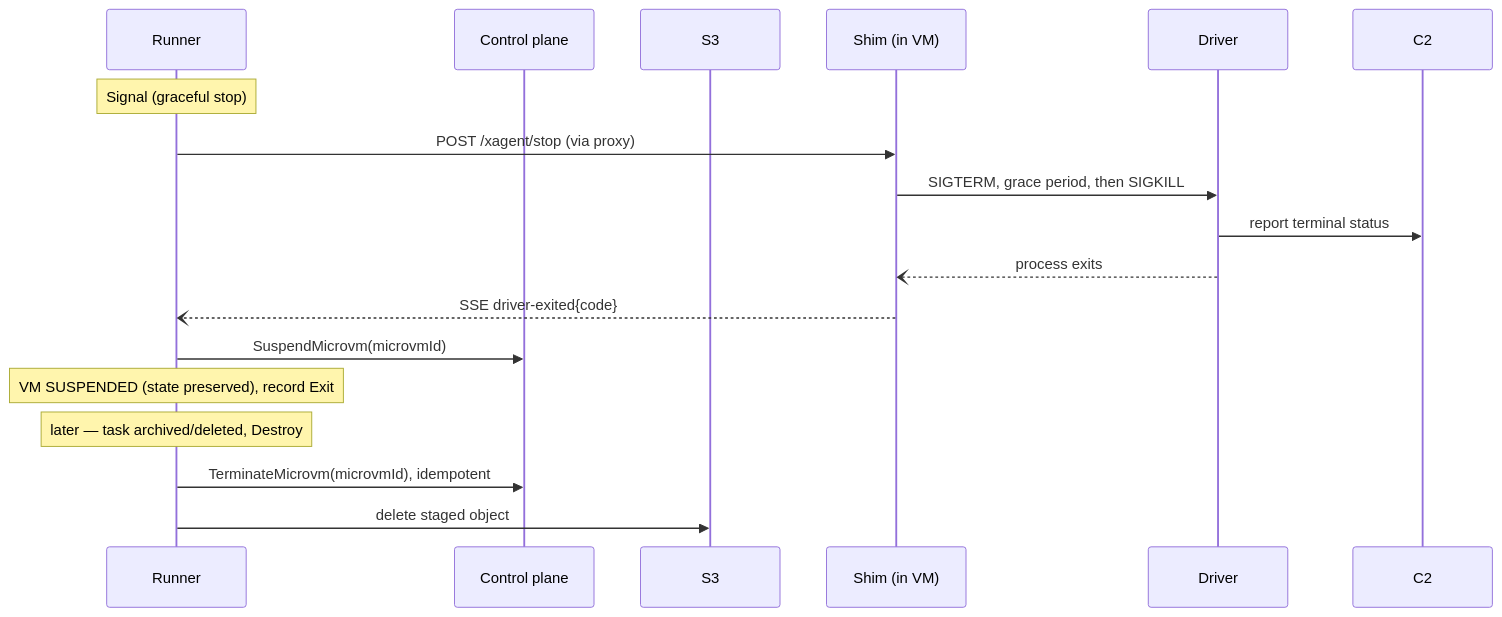
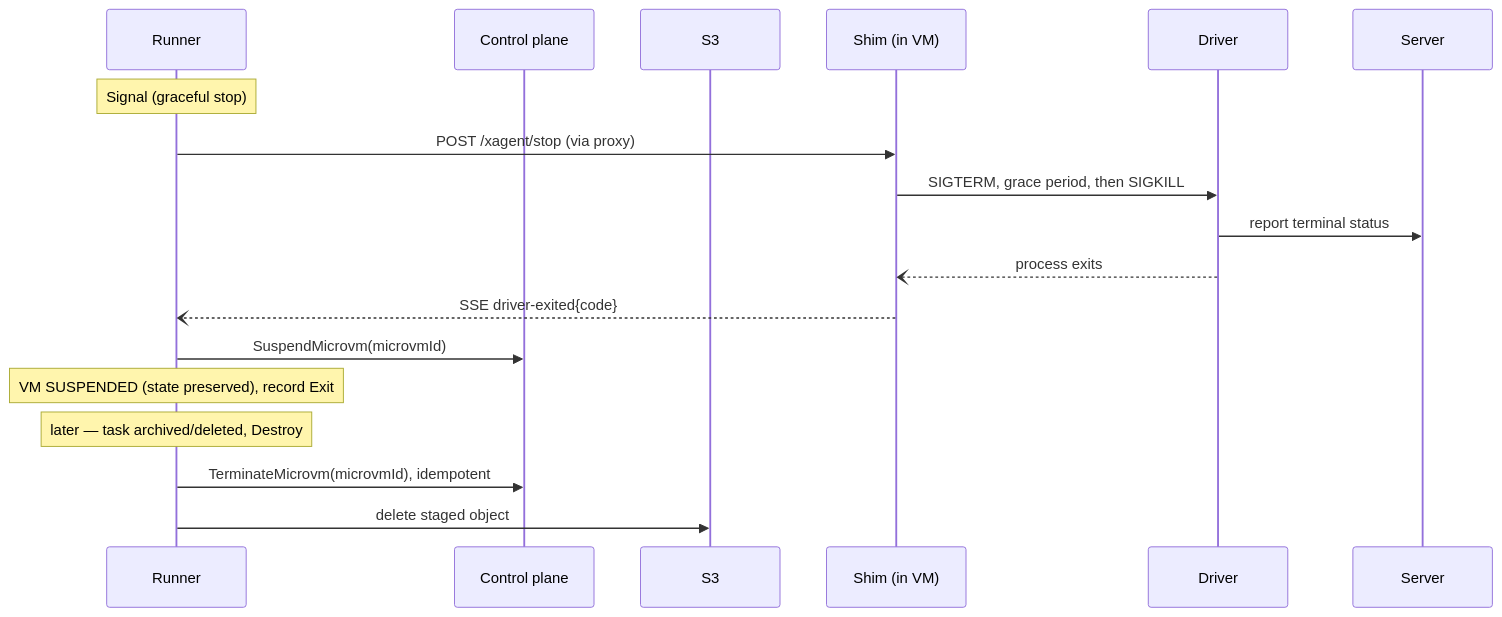
The fourth of 4 diagrams in proposals/draft/lambda-microvm-backend.md (icholy/xagent), drawn with Mermaid before and after one commit. The commit also changed other lines of this file and 33 other files, not shown here.

````diff
--- a/proposals/draft/lambda-microvm-backend.md
+++ b/proposals/draft/lambda-microvm-backend.md
@@ -354,22 +354,22 @@
 ```mermaid
 sequenceDiagram
     participant R as Runner
     participant CP as Control plane
     participant S3
     participant Shim as Shim (in VM)
     participant Drv as Driver
-    participant C2
+    participant Server
 
     Note over R: Signal (graceful stop)
     R->>Shim: POST /xagent/stop (via proxy)
     Shim->>Drv: SIGTERM, grace period, then SIGKILL
-    Drv->>C2: report terminal status
+    Drv->>Server: report terminal status
     Drv--)Shim: process exits
     Shim--)R: SSE driver-exited{code}
     R->>CP: SuspendMicrovm(microvmId)
     Note over R: VM SUSPENDED (state preserved), record Exit
 
     Note over R: later — task archived/deleted, Destroy
     R->>CP: TerminateMicrovm(microvmId), idempotent
     R->>S3: delete staged object
 ```
````
